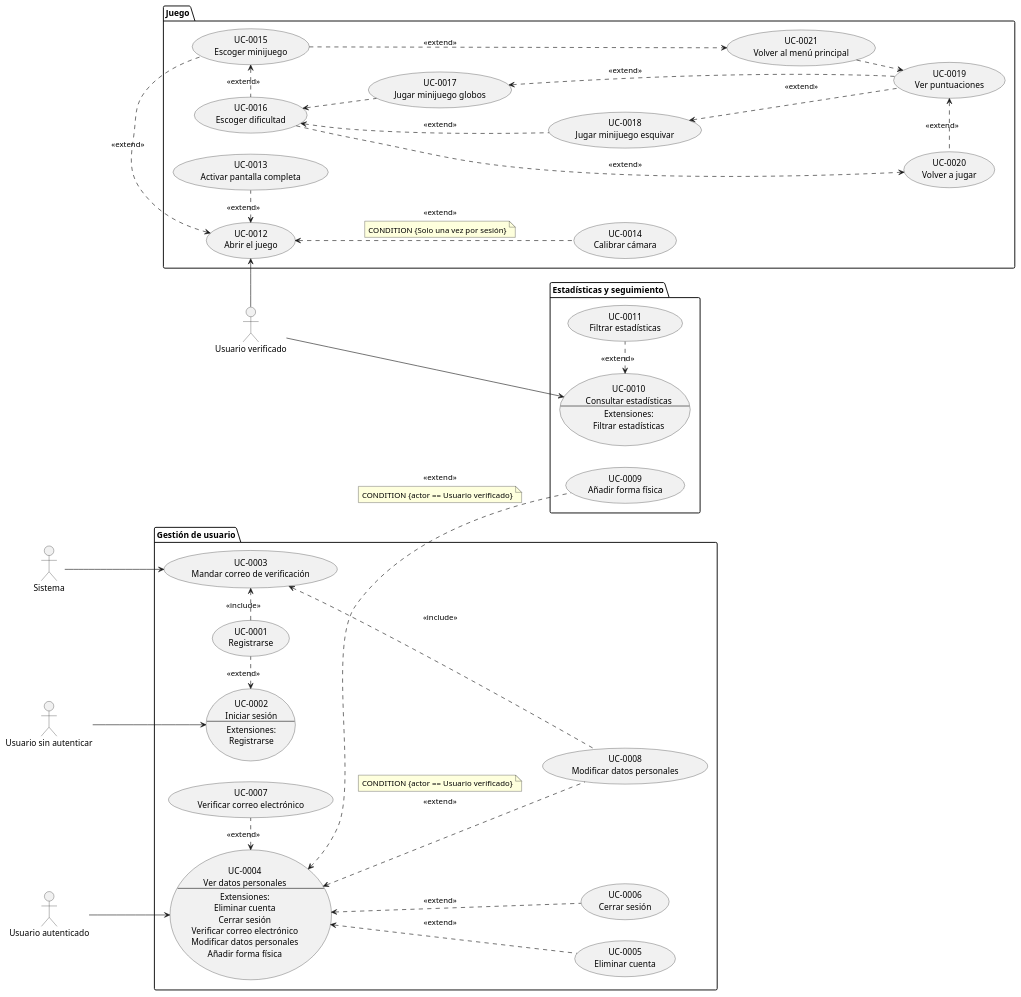
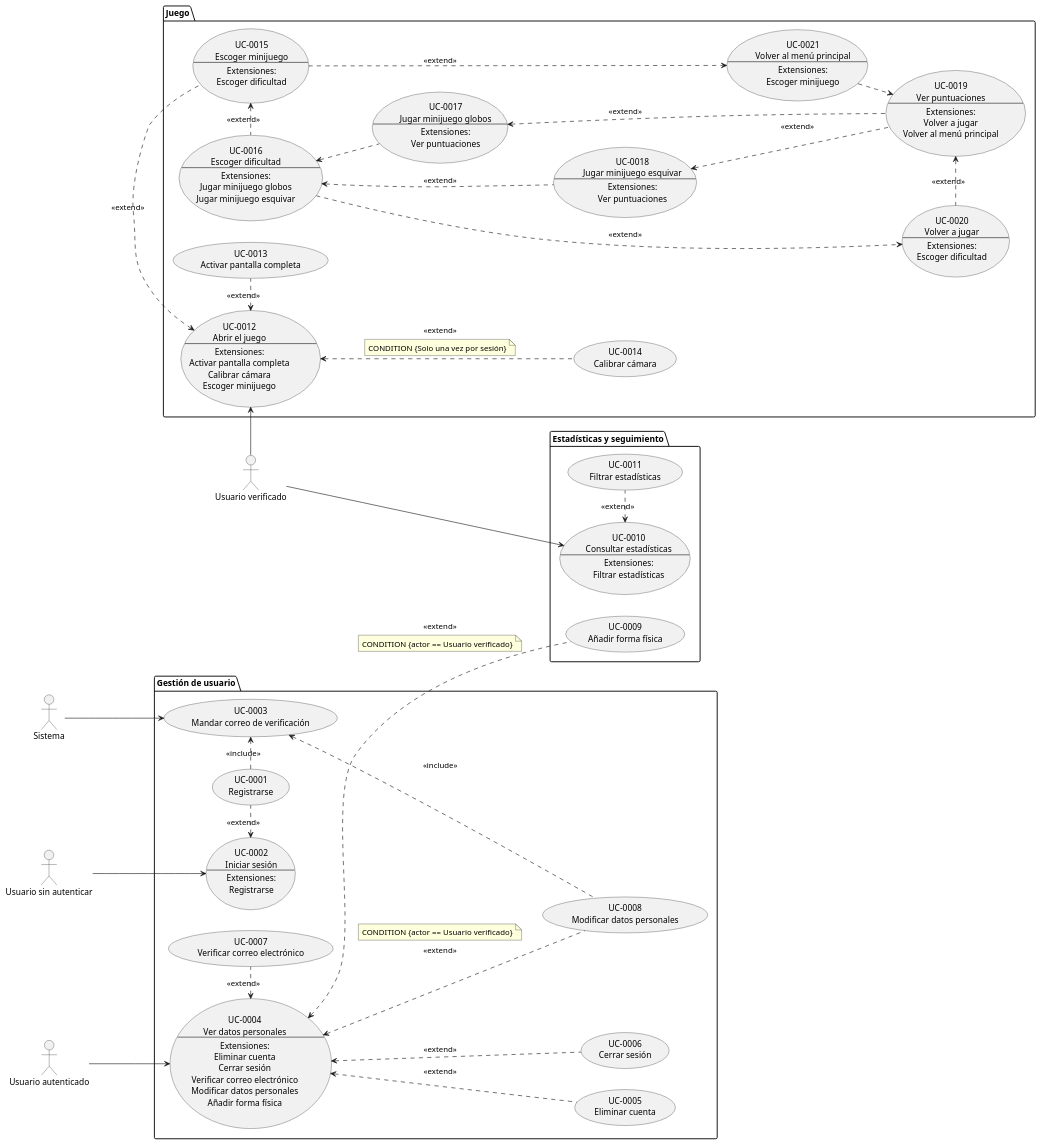
Before and after one commit to Luengor/RINL: the diagram in docs/anexo1/plants/casosuso.puml, drawn with PlantUML.

Commit message:
extensiones

```diff
--- a/docs/anexo1/plants/casosuso.puml
+++ b/docs/anexo1/plants/casosuso.puml
@@ -1,121 +1,172 @@
 @startuml "casosuso"
 
 :Sistema: as sys
 :Usuario sin autenticar: as anon
 :Usuario autenticado: as userauth
 :Usuario verificado: as userverif 
 
 left to right direction
 package "Gestión de usuario" {
     usecase UC0001 as "UC-0001\nRegistrarse"
     usecase UC0002 as "UC-0002\nIniciar sesión
     ---
     Extensiones:
     Registrarse"
     usecase UC0003 as "UC-0003\nMandar correo de verificación"
     usecase UC0006 as "UC-0006\nCerrar sesión"
     usecase UC0004 as "UC-0004\nVer datos personales
     ---
     Extensiones:
     Eliminar cuenta
     Cerrar sesión
     Verificar correo electrónico
     Modificar datos personales
     Añadir forma física"
     usecase UC0005 as "UC-0005\nEliminar cuenta"
     usecase UC0007 as "UC-0007\nVerificar correo electrónico"
     usecase UC0008 as "UC-0008\nModificar datos personales"
 }
 
 package "Estadísticas y seguimiento" {
     usecase UC0009 as "UC-0009\nAñadir forma física"
     usecase UC0010 as "UC-0010\nConsultar estadísticas
     ---
     Extensiones:
     Filtrar estadísticas"
     usecase UC0011 as "UC-0011\nFiltrar estadísticas"
 }
 
 package "Juego" {
-    usecase AbrirJuego as "UC-0012\nAbrir el juego"
+    usecase AbrirJuego as "
+    UC-0012
+    Abrir el juego
+    ---
+    Extensiones:
+    Activar pantalla completa
+    Calibrar cámara
+    Escoger minijuego
+    "
     usecase PantallaCompleta as "UC-0013\nActivar pantalla completa"
     usecase Calibrar as "UC-0014\nCalibrar cámara"
-    usecase EscogerMinijuego as "UC-0015\nEscoger minijuego"
-    usecase EscogerDificultad as "UC-0016\nEscoger dificultad"
-    usecase JugarGlobos as "UC-0017\nJugar minijuego globos"
-    usecase JugarEsquivar as "UC-0018\nJugar minijuego esquivar"
-    usecase Puntuacion as "UC-0019\nVer puntuaciones"
-    usecase VolverJugar as "UC-0020\nVolver a jugar"
-    usecase VolverMenuJuego as "UC-0021\nVolver al menú principal"
+    usecase EscogerMinijuego as "
+    UC-0015
+    Escoger minijuego
+    ---
+    Extensiones:
+    Escoger dificultad
+    "
+    usecase EscogerDificultad as "
+    UC-0016
+    Escoger dificultad
+    ---
+    Extensiones:
+    Jugar minijuego globos
+    Jugar minijuego esquivar
+    "
+    usecase JugarGlobos as "
+    UC-0017
+    Jugar minijuego globos
+    ---
+    Extensiones:
+    Ver puntuaciones"
+    usecase JugarEsquivar as "
+    UC-0018
+    Jugar minijuego esquivar
+    ---
+    Extensiones:
+    Ver puntuaciones
+    "
+    usecase Puntuacion as "
+    UC-0019
+    Ver puntuaciones
+    ---
+    Extensiones:
+    Volver a jugar
+    Volver al menú principal
+    "
+    usecase VolverJugar as "
+    UC-0020
+    Volver a jugar
+    ---
+    Extensiones:
+    Escoger dificultad
+    "
+    usecase VolverMenuJuego as "
+    UC-0021
+    Volver al menú principal
+    ---
+    Extensiones:
+    Escoger minijuego
+    "
 }
 
 /'
  ' El Usuario anónimo pude iniciar sesión y registrarse, el segundo extiende del primero.
  ' El caso de uso UC0003 (Mandar correo de verificación) se incluye en registrarse.
  '/
 anon --> (UC0002)
 (UC0002) <. (UC0001) : <<extend>>
 (UC0001) .> (UC0003) : <<include>>
 sys --> (UC0003)
 
 /'
  ' El usuario autenticado (pero no verifiado) puede ver sus datos personales desde el menú. Desde ahí
  ' puede eliminar su cuenta, verificar su correo electrónico o cerrar sesión.
  ' El caso de uso UC0008 (Modificar datos personales) se extiende desde ver datos personales, pero se
  ' añade la condición de que el usuario esté verificado.
  ' Además, si la modificación de datos personales es correcta, se aplica el caso de uso UC0003
  '/
 userauth --> (UC0004)
 (UC0004) <.. (UC0005) : <<extend>>
 (UC0004) <.. (UC0006) : <<extend>>
 (UC0004) <. (UC0007) : <<extend>>
 (UC0004) <.. (UC0008) : <<extend>>
 note top of link : CONDITION {actor == Usuario verificado} 
 (UC0003) <.. (UC0008) : <<include>>
 
 /'
  ' El usuario verificado puede realizar todos los casos de estadísicas y seguimiento.
  ' El caso de uso UC0009 se extiende desde el menú de datos personales y el UC0011 del UC0010
  '/
 (UC0004) <.. (UC0009) : <<extend>>
 note bottom of link : CONDITION {actor == Usuario verificado} 
 userverif --> (UC0010)
 (UC0010) <. (UC0011) : <<extend>>
 
 /'
  ' El usuario verificado puede abrir el juego, desde el cual se puede activar la pantalla completa.
  ' La primera vez que se abra el juego, automáticamente se calibrará la cámara. 
  ' Después, aparecerá el menú de selección de minijuego.
  ' Desde el menú de selección de minijuego, se puede escoger el minijuego.
  ' Una vez escogido el minijuego, se puede escoger la dificultad.
  ' Una vez escogida la dificultad, se jugará el minijuego.
  ' Finalmente, se podrá ver la puntuación obtenida y volver a jugar o volver al menú principal.
  '/
 userverif -> (AbrirJuego)
 
 (AbrirJuego) <.. (Calibrar) : <<extend>>
 note bottom of link : CONDITION {Solo una vez por sesión}
 
 ' Escoger minijuego después de jugar
 (EscogerMinijuego) ..> (VolverMenuJuego) : <<extend>>
 
 ' Escoger minijuego después de abrir el juego
 (AbrirJuego) <. (EscogerMinijuego) : <<extend>>
 ' Escoger dificultad después de escoger minijuego 
 (EscogerMinijuego) <. (EscogerDificultad) : <<extend>>
 ' Escoger dificultad después de jugar 
 (EscogerDificultad) ..> (VolverJugar) : <<extend>>
 
 ' Jugar minijuego globos/esquivar después de escoger dificultad
 (EscogerDificultad) <. (JugarGlobos) : <<extend>>
 (EscogerDificultad) <.. (JugarEsquivar) : <<extend>>
 ' Ver puntuaciones después de jugar minijuego globos/esquivar
 (JugarGlobos) <.. (Puntuacion) : <<extend>>
 (JugarEsquivar) <.. (Puntuacion) : <<extend>>
 ' Volver a jugar/volver al menú principal después de ver puntuaciones
 (VolverMenuJuego) .> (Puntuacion) : <<extend>>
 (Puntuacion) <. (VolverJugar) : <<extend>>
 
 (AbrirJuego) <. (PantallaCompleta) : <<extend>>
 
 @enduml
```
